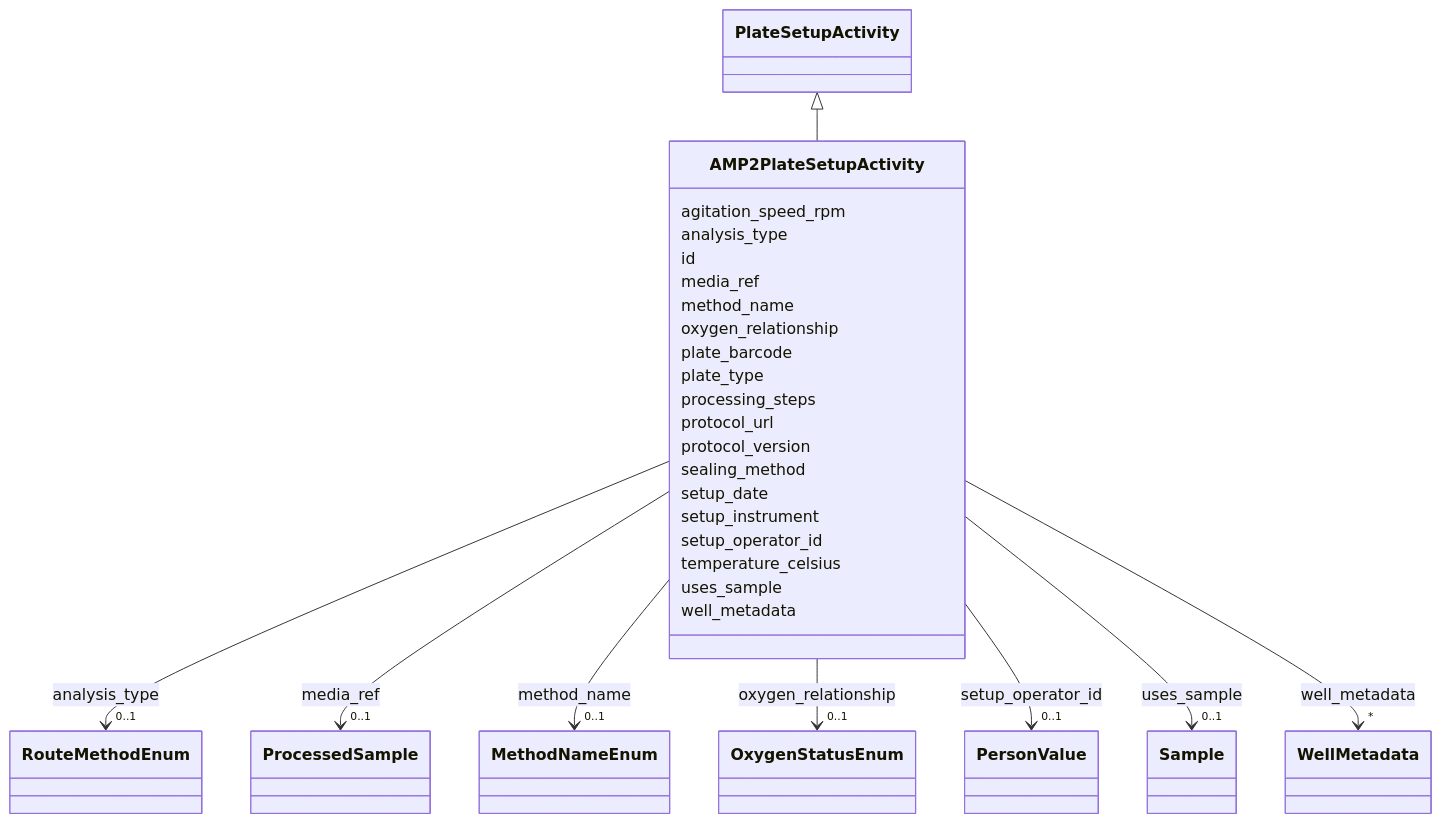
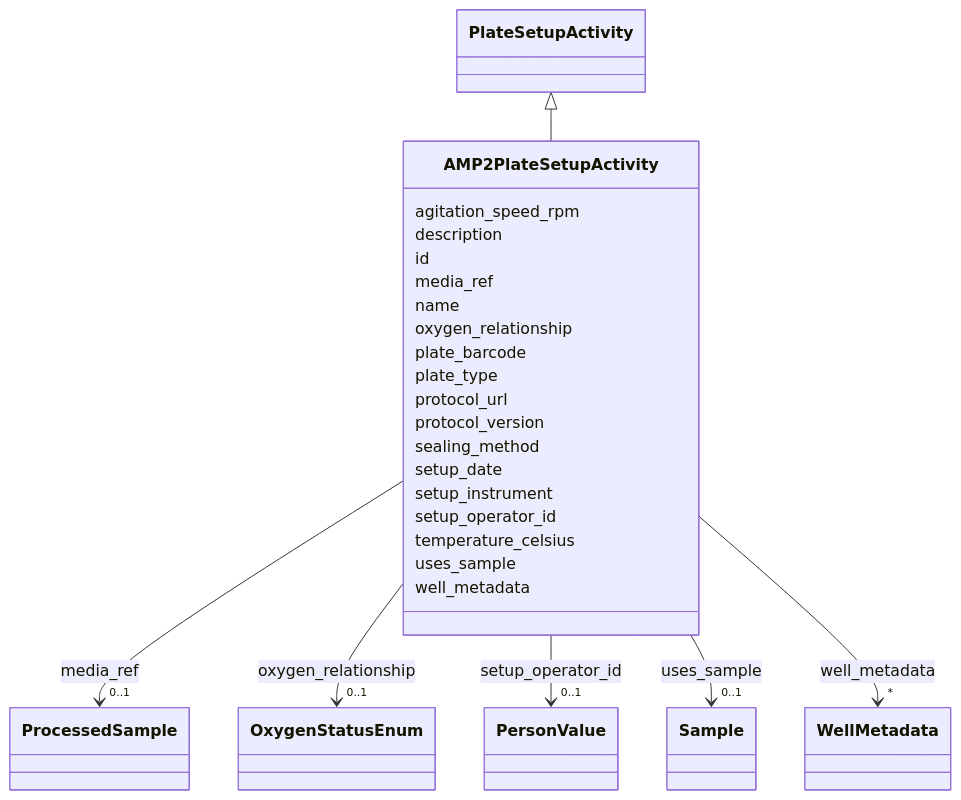
One commit to EMSL-Computing/BASALT-Schema changed the diagram in docs/elements/AMP2PlateSetupActivity.md. Above: the diagram before and after it, drawn with Mermaid. The commit also changed other lines of this file and 550 other files, not shown here.

```diff
--- a/docs/elements/AMP2PlateSetupActivity.md
+++ b/docs/elements/AMP2PlateSetupActivity.md
@@ -48,16 +48,7 @@
       
       AMP2PlateSetupActivity : agitation_speed_rpm
         
-      AMP2PlateSetupActivity : analysis_type
-        
-          
-    
-        
-        
-        AMP2PlateSetupActivity --> "0..1" RouteMethodEnum : analysis_type
-        click RouteMethodEnum href "../RouteMethodEnum/"
-    
-
+      AMP2PlateSetupActivity : description
         
       AMP2PlateSetupActivity : id
         
@@ -72,16 +63,7 @@
     
 
         
-      AMP2PlateSetupActivity : method_name
-        
-          
-    
-        
-        
-        AMP2PlateSetupActivity --> "0..1" MethodNameEnum : method_name
-        click MethodNameEnum href "../MethodNameEnum/"
-    
-
+      AMP2PlateSetupActivity : name
         
       AMP2PlateSetupActivity : oxygen_relationship
         
@@ -97,8 +79,6 @@
       AMP2PlateSetupActivity : plate_barcode
         
       AMP2PlateSetupActivity : plate_type
-        
-      AMP2PlateSetupActivity : processing_steps
         
       AMP2PlateSetupActivity : protocol_url
         
```
